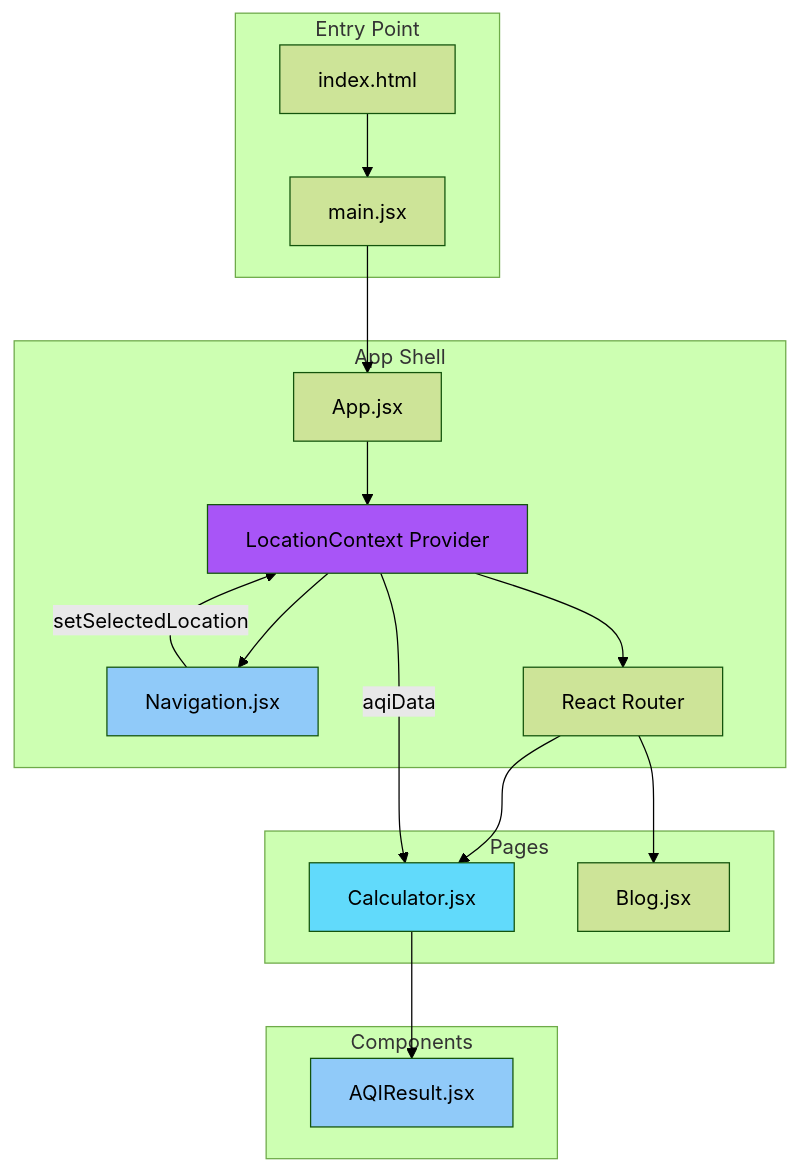
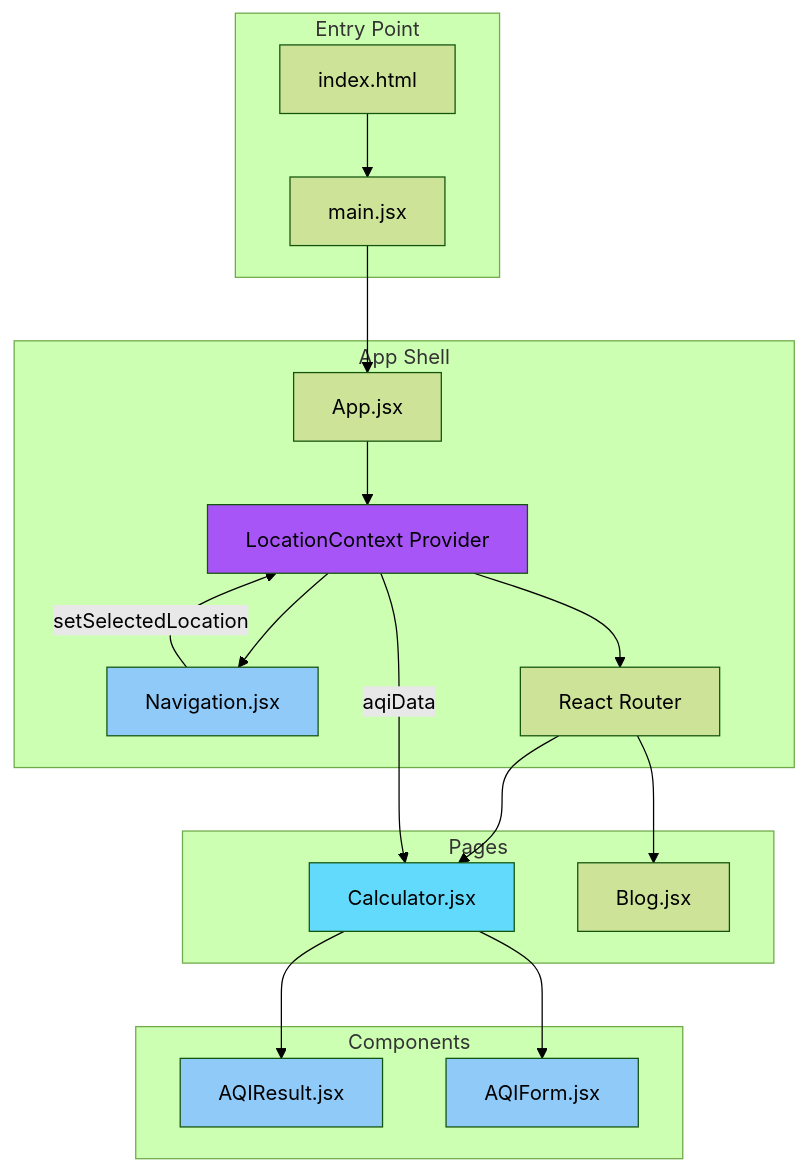
The first of 5 diagrams in frontend/README.md (theaiguy1987/aqi_app), drawn with Mermaid (forest theme) before and after one commit. The commit also changed other lines of this file and 10 other files, not shown here.

````diff
--- a/frontend/README.md
+++ b/frontend/README.md
@@ -35,39 +37,42 @@
 ```mermaid
 graph TB
     subgraph "Entry Point"
         HTML[index.html]
         MAIN[main.jsx]
     end
     
     subgraph "App Shell"
         APP[App.jsx]
         CTX[LocationContext Provider]
         NAV[Navigation.jsx]
         ROUTER[React Router]
     end
     
     subgraph "Pages"
         CALC[Calculator.jsx]
         BLOG[Blog.jsx]
     end
     
     subgraph "Components"
         RESULT[AQIResult.jsx]
+        FORM[AQIForm.jsx]
     end
     
     HTML --> MAIN
     MAIN --> APP
     APP --> CTX
     CTX --> NAV
     CTX --> ROUTER
     ROUTER --> CALC
     ROUTER --> BLOG
     CALC --> RESULT
+    CALC --> FORM
     NAV -->|setSelectedLocation| CTX
     CTX -->|aqiData| CALC
     
     style CTX fill:#a855f7
     style CALC fill:#61dafb
     style NAV fill:#90caf9
     style RESULT fill:#90caf9
+    style FORM fill:#90caf9
 ```
````
